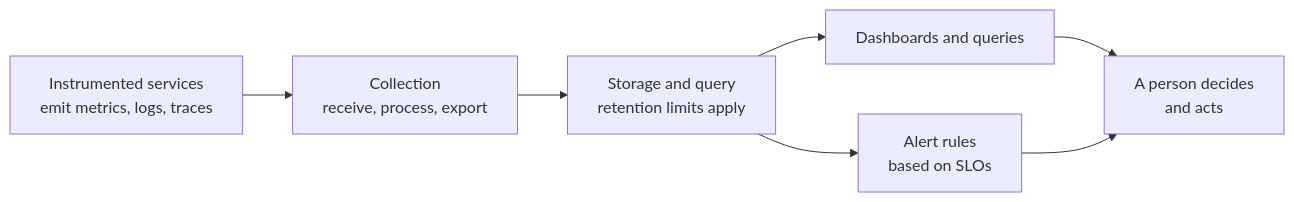
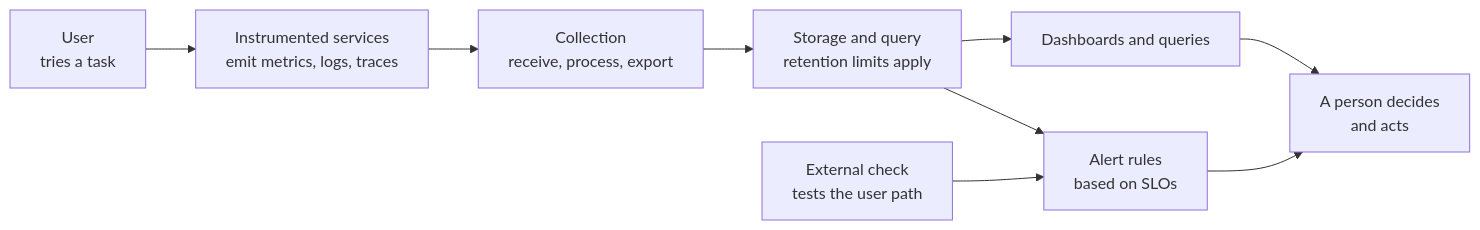
Before and after one commit to David-A18/MY-humble-knowledge-for-everyone: the diagram in knowledge/cross-topic-guides/observability-stack.md, drawn with Mermaid. The commit also changed other lines of this file and 6 other files, not shown here.

````diff
--- a/knowledge/cross-topic-guides/observability-stack.md
+++ b/knowledge/cross-topic-guides/observability-stack.md
@@ -118,12 +134,16 @@
 ```mermaid
 flowchart LR
+  user["User<br/>tries a task"]
   app["Instrumented services<br/>emit metrics, logs, traces"]
   col["Collection<br/>receive, process, export"]
   store["Storage and query<br/>retention limits apply"]
   view["Dashboards and queries"]
   alert["Alert rules<br/>based on SLOs"]
+  probe["External check<br/>tests the user path"]
   human["A person decides<br/>and acts"]
+  user --> app
   app --> col --> store
   store --> view --> human
   store --> alert --> human
+  probe --> alert
 ```
````
